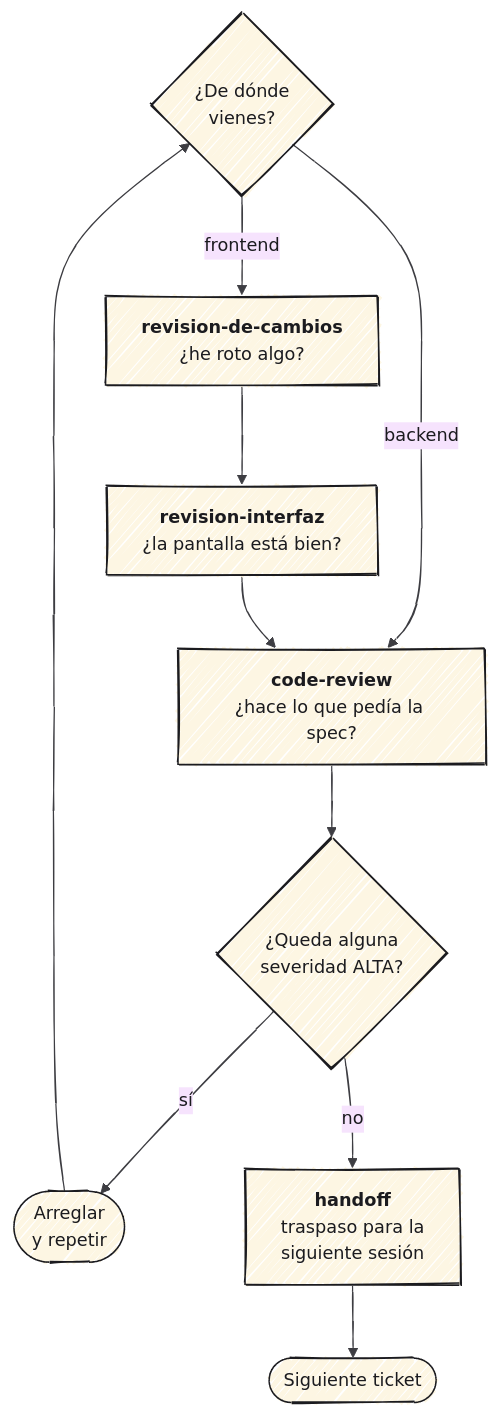
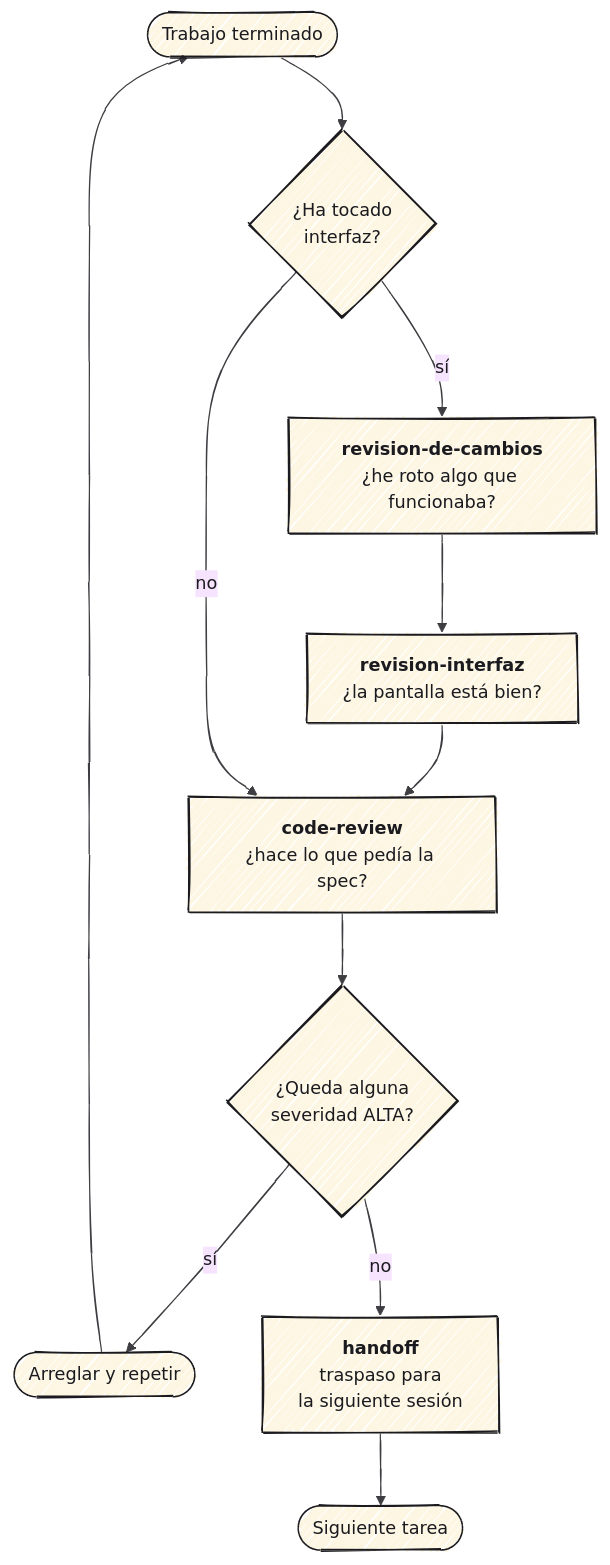
One commit to damiangilgonzalez1995/claude-skills changed the diagram in docs/img/04-revisar.mmd. Above: the diagram before and after it, drawn with Mermaid. The commit also changed 171 other files, not shown here.

First line of the commit message:
docs: el diagrama principal es la filosofia spec-driven, no el reparto back/front

```diff
--- a/docs/img/04-revisar.mmd
+++ b/docs/img/04-revisar.mmd
@@ -1,30 +1,31 @@
 ---
 config:
   look: handDrawn
   handDrawnSeed: 7
   theme: base
   themeVariables:
     fontFamily: "Segoe UI, sans-serif"
     fontSize: "15px"
     primaryColor: "#FDF6E3"
     primaryTextColor: "#1b1b1f"
     primaryBorderColor: "#1b1b1f"
     lineColor: "#3d3d42"
   flowchart:
     curve: basis
-    nodeSpacing: 50
+    nodeSpacing: 55
     rankSpacing: 60
 ---
 
 flowchart TD
-    IN{"¿De dónde<br/>vienes?"}
-    IN -->|backend| CR
-    IN -->|frontend| RC["<b>revision-de-cambios</b><br/>¿he roto algo?"]
+    IN(["Trabajo terminado"]) --> Q0{"¿Ha tocado<br/>interfaz?"}
+
+    Q0 -->|sí| RC["<b>revision-de-cambios</b><br/>¿he roto algo que funcionaba?"]
     RC --> RI["<b>revision-interfaz</b><br/>¿la pantalla está bien?"]
-    RI --> CR["<b>code-review</b><br/>¿hace lo que pedía la spec?"]
+    RI --> CR
+    Q0 -->|no| CR["<b>code-review</b><br/>¿hace lo que pedía la spec?"]
 
     CR --> Q{"¿Queda alguna<br/>severidad ALTA?"}
-    Q -->|sí| FIX(["Arreglar<br/>y repetir"])
+    Q -->|sí| FIX(["Arreglar y repetir"])
     FIX --> IN
-    Q -->|no| HO["<b>handoff</b><br/>traspaso para la<br/>siguiente sesión"]
-    HO --> OUT(["Siguiente ticket"])
+    Q -->|no| HO["<b>handoff</b><br/>traspaso para<br/>la siguiente sesión"]
+    HO --> OUT(["Siguiente tarea"])
```
